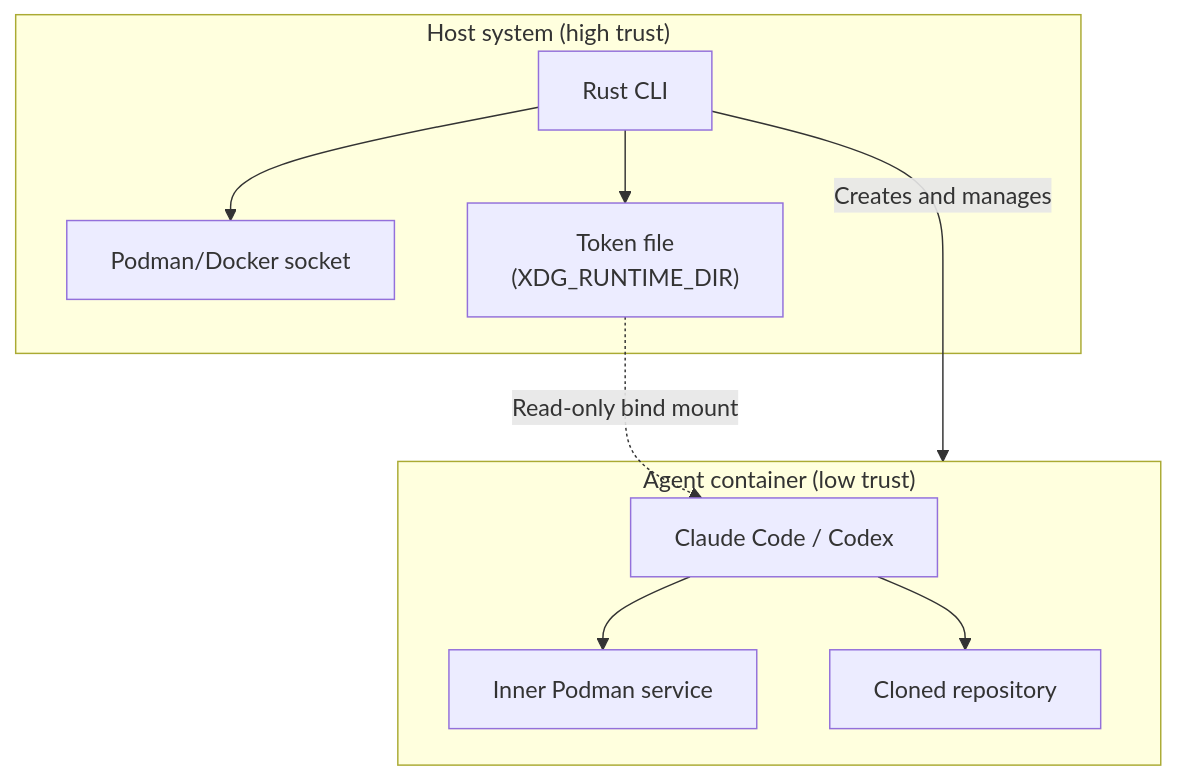
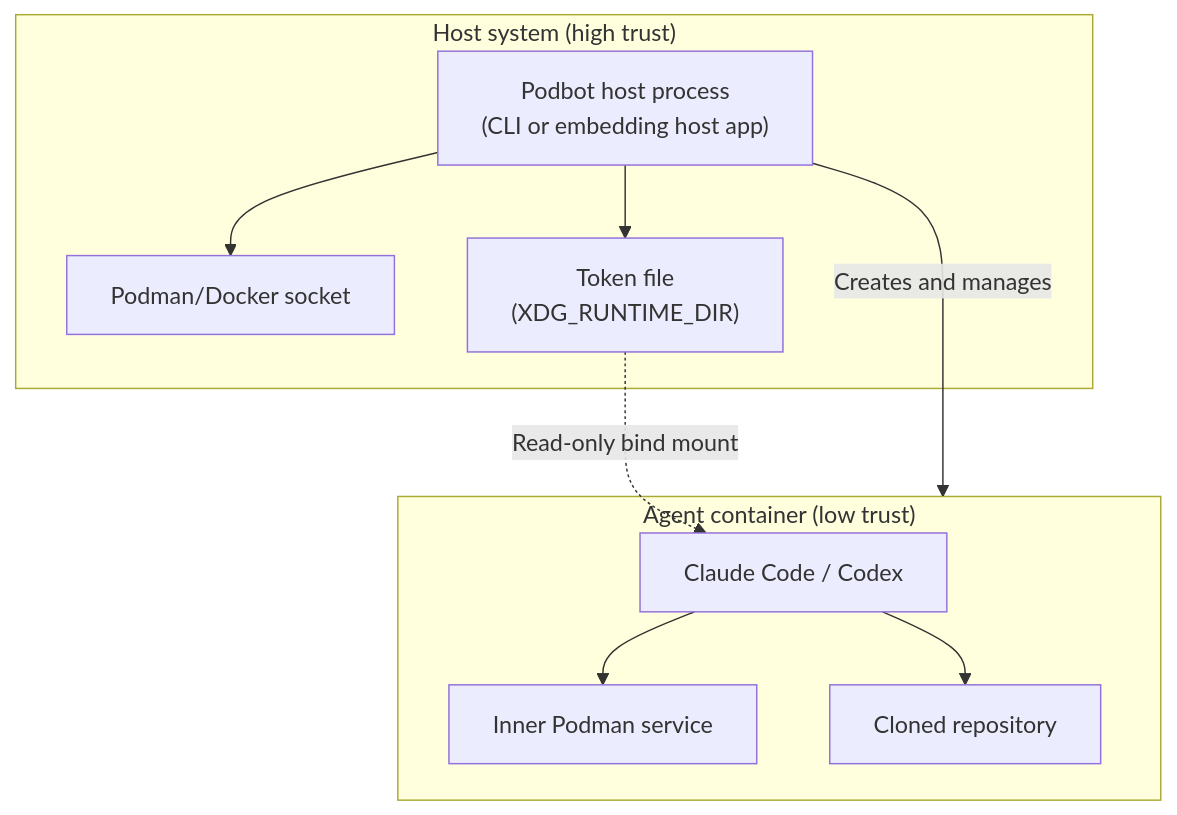
Before and after one commit to leynos/podbot: the first of 3 diagrams in docs/podbot-design.md, drawn with Mermaid. The commit also changed other lines of this file and 1 other file, not shown here.

First line of the commit message:
Introduce dual CLI/library delivery with embedding API (#43)

````diff
--- a/docs/podbot-design.md
+++ b/docs/podbot-design.md
@@ -21,21 +24,21 @@
 ```mermaid
 flowchart TB
     subgraph Host["Host system (high trust)"]
-        CLI["Rust CLI"]
+        CLI["Podbot host process<br/>(CLI or embedding host app)"]
         Socket["Podman/Docker socket"]
         TokenFile["Token file<br/>(XDG_RUNTIME_DIR)"]
         CLI --> Socket
         CLI --> TokenFile
     end
 
     subgraph Sandbox["Agent container (low trust)"]
         Agent["Claude Code / Codex"]
         InnerPodman["Inner Podman service"]
         Repo["Cloned repository"]
         Agent --> InnerPodman
         Agent --> Repo
     end
 
     CLI -->|"Creates and manages"| Sandbox
     TokenFile -.->|"Read-only bind mount"| Agent
 ```
````
